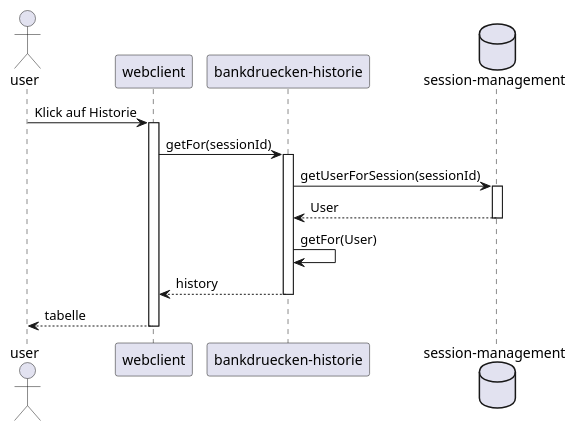
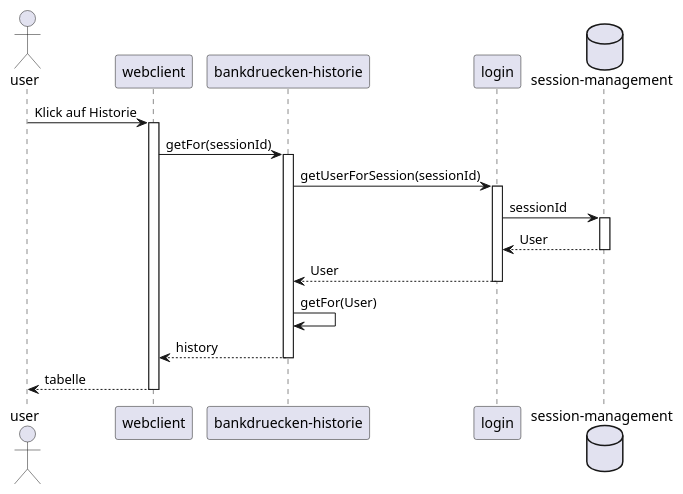
Before and after one commit to gaerfield/2021-08-oauth2-talk: the second of 5 diagrams in 2_JWT.md, drawn with PlantUML. The commit also changed other lines of this file and 1 other file, not shown here.

````diff
--- a/2_JWT.md
+++ b/2_JWT.md
@@ -33,14 +34,17 @@
 ```puml
 actor user
 participant "webclient"
 participant "bankdruecken-historie" as his
+participant "login"
 database "session-management" as ses
 
 user -> webclient++ : Klick auf Historie
 webclient -> his++ : getFor(sessionId)
-his -> ses++ : getUserForSession(sessionId)
+his -> login++ : getUserForSession(sessionId)
+login -> ses++ : sessionId
+return User
 return User
 his -> his : getFor(User)
 return history
 return tabelle
 ```
````
